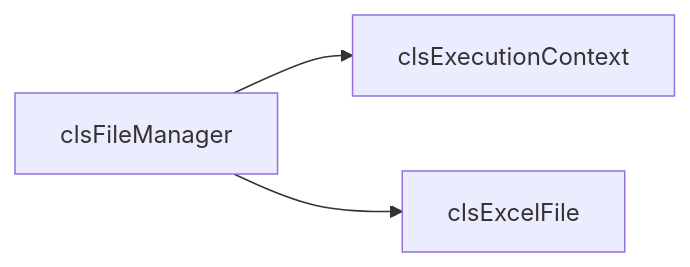
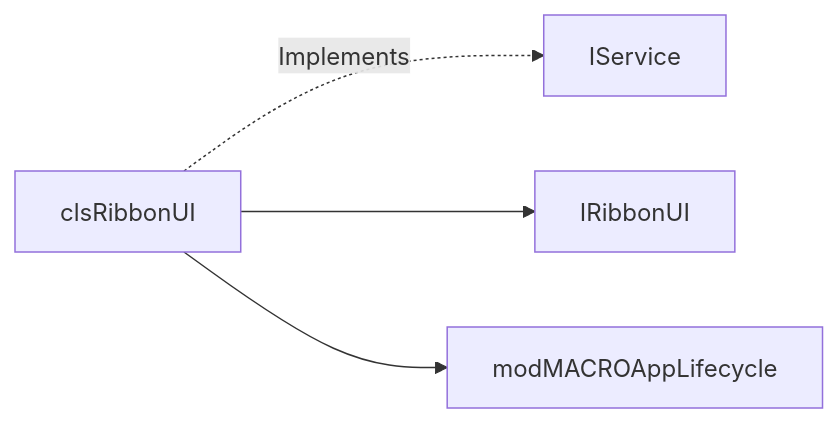
The fourth of 13 diagrams in CLAUDE.md (gautxori-yuyu/claude-vba-excel-abc-refactor), drawn with Mermaid before and after one commit. The commit also changed other lines of this file, not shown here.

````diff
--- a/CLAUDE.md
+++ b/CLAUDE.md
@@ -339,5 +359,6 @@
 ```mermaid
 graph LR
-    clsFileManager --> clsExecutionContext
-    clsFileManager --> clsExcelFile
+    clsRibbonUI -.Implements.-> IService
+    clsRibbonUI --> IRibbonUI
+    clsRibbonUI --> modMACROAppLifecycle
 ```
````
